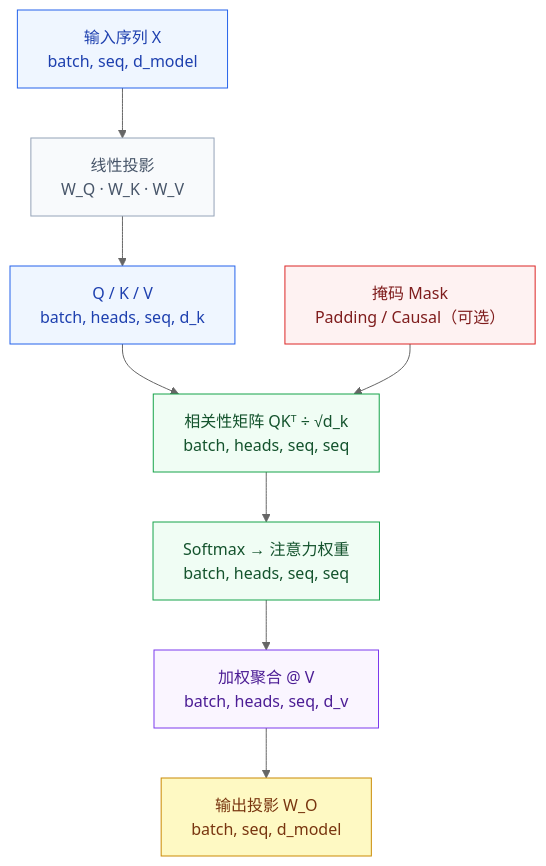
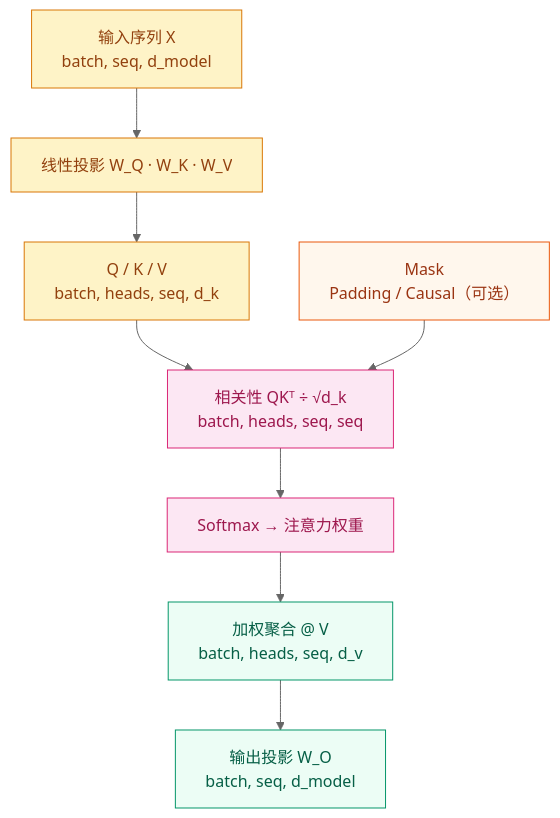
The diagram in 03-NLP-Transformers/attention-mechanisms/README.md (zkywsg/Daily-LLM), drawn with Mermaid (neutral theme) before and after one commit. The commit also changed other lines of this file and 7 other files, not shown here.

First line of the commit message:
docs: revamp attention module and timeline documentation

````diff
--- a/03-NLP-Transformers/attention-mechanisms/README.md
+++ b/03-NLP-Transformers/attention-mechanisms/README.md
@@ -54,28 +51,28 @@
 ```mermaid
 graph TD
     X["输入序列 X\nbatch, seq, d_model"]
-    Proj["线性投影\nW_Q · W_K · W_V"]
+    Proj["线性投影 W_Q · W_K · W_V"]
     QKV["Q / K / V\nbatch, heads, seq, d_k"]
-    Scores["相关性矩阵 QKᵀ ÷ √d_k\nbatch, heads, seq, seq"]
-    Mask["掩码 Mask\nPadding / Causal（可选）"]
-    Softmax["Softmax → 注意力权重\nbatch, heads, seq, seq"]
+    Scores["相关性 QKᵀ ÷ √d_k\nbatch, heads, seq, seq"]
+    Mask["Mask\nPadding / Causal（可选）"]
+    Softmax["Softmax → 注意力权重"]
     Context["加权聚合 @ V\nbatch, heads, seq, d_v"]
     Out["输出投影 W_O\nbatch, seq, d_model"]
 
     X --> Proj
     Proj --> QKV
     QKV --> Scores
     Mask --> Scores
     Scores --> Softmax
     Softmax --> Context
     Context --> Out
 
-    style X fill:#EFF6FF,stroke:#2563EB,color:#1E40AF
-    style Proj fill:#F8FAFC,stroke:#94A3B8,color:#475569
-    style QKV fill:#EFF6FF,stroke:#2563EB,color:#1E40AF
-    style Scores fill:#F0FDF4,stroke:#16A34A,color:#14532D
-    style Mask fill:#FEF2F2,stroke:#DC2626,color:#7F1D1D
-    style Softmax fill:#F0FDF4,stroke:#16A34A,color:#14532D
-    style Context fill:#FAF5FF,stroke:#7C3AED,color:#4C1D95
-    style Out fill:#FEF9C3,stroke:#CA8A04,color:#78350F
+    style X fill:#fef3c7,stroke:#d97706,color:#92400e
+    style Proj fill:#fef3c7,stroke:#d97706,color:#92400e
+    style QKV fill:#fef3c7,stroke:#d97706,color:#92400e
+    style Scores fill:#fce7f3,stroke:#db2777,color:#9d174d
+    style Mask fill:#fff7ed,stroke:#ea580c,color:#9a3412
+    style Softmax fill:#fce7f3,stroke:#db2777,color:#9d174d
+    style Context fill:#ecfdf5,stroke:#059669,color:#065f46
+    style Out fill:#ecfdf5,stroke:#059669,color:#065f46
 ```
````
